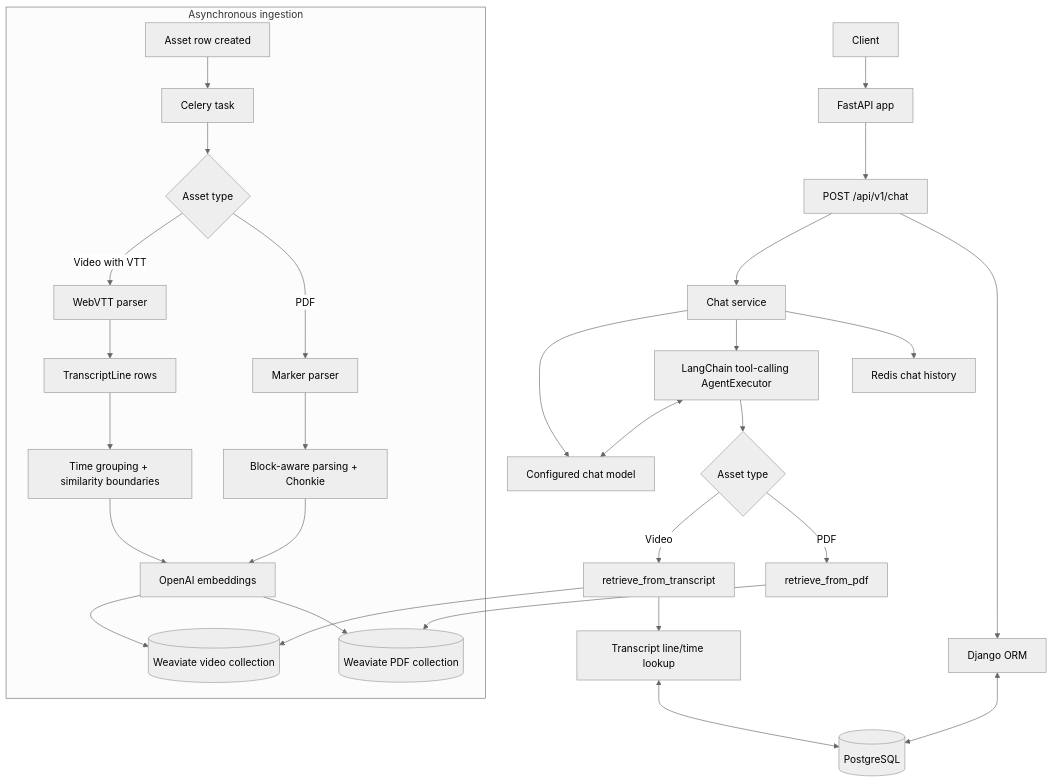
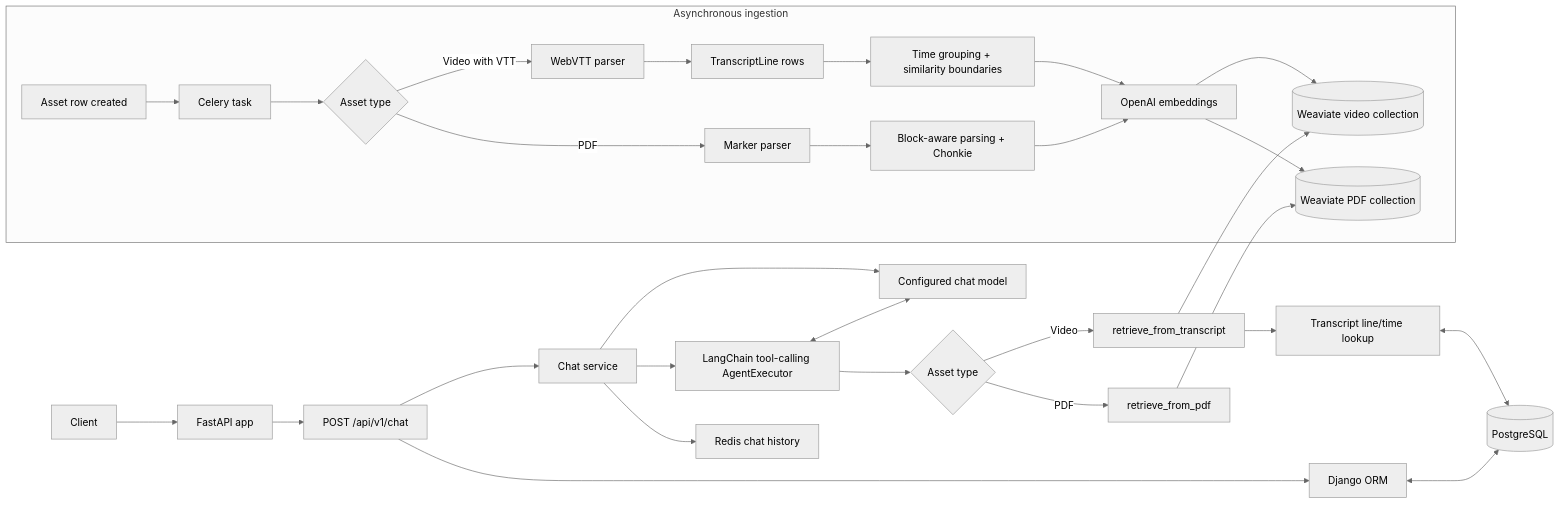
The first of 6 diagrams in docs/architecture.md (kaaviya98/video-pdf-rag-assistant), drawn with Mermaid (neutral theme) before and after one commit.

Commit message:
Render architecture diagram left to right

````diff
--- a/docs/architecture.md
+++ b/docs/architecture.md
@@ -27,33 +27,33 @@
 ```mermaid
-flowchart TB
+flowchart LR
     U[Client] --> API[FastAPI app]
     API --> CHAT[POST /api/v1/chat]
     CHAT --> ORM[Django ORM]
     ORM <--> PG[(PostgreSQL)]
     CHAT --> SERVICE[Chat service]
     SERVICE --> HISTORY[Redis chat history]
     SERVICE --> AGENT[LangChain tool-calling AgentExecutor]
     AGENT --> ROUTE{Asset type}
     ROUTE -->|PDF| PDFTOOL[retrieve_from_pdf]
     ROUTE -->|Video| VIDEOTOOL[retrieve_from_transcript]
     PDFTOOL --> WVPDF[(Weaviate PDF collection)]
     VIDEOTOOL --> WVVIDEO[(Weaviate video collection)]
     VIDEOTOOL --> TRANSCRIPT[Transcript line/time lookup]
     TRANSCRIPT <--> PG
     SERVICE --> LLM[Configured chat model]
     AGENT <--> LLM
 
     subgraph INGESTION[Asynchronous ingestion]
       CREATE[Asset row created] --> CELERY[Celery task]
       CELERY --> TYPE{Asset type}
       TYPE -->|PDF| MARKER[Marker parser]
       MARKER --> PDFCHUNK[Block-aware parsing + Chonkie]
       PDFCHUNK --> EMBED[OpenAI embeddings]
       TYPE -->|Video with VTT| VTT[WebVTT parser]
       VTT --> LINES[TranscriptLine rows]
       LINES --> VIDEOCHUNK[Time grouping + similarity boundaries]
       VIDEOCHUNK --> EMBED
       EMBED --> WVPDF
       EMBED --> WVVIDEO
     end
 ```
````
